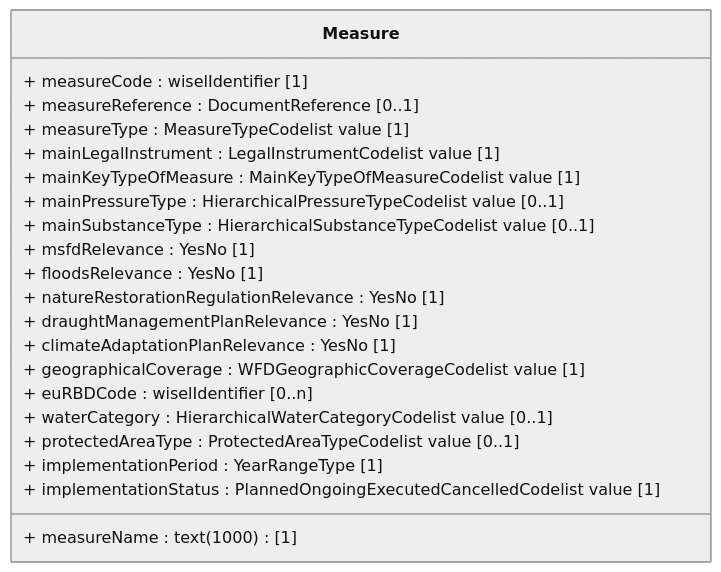
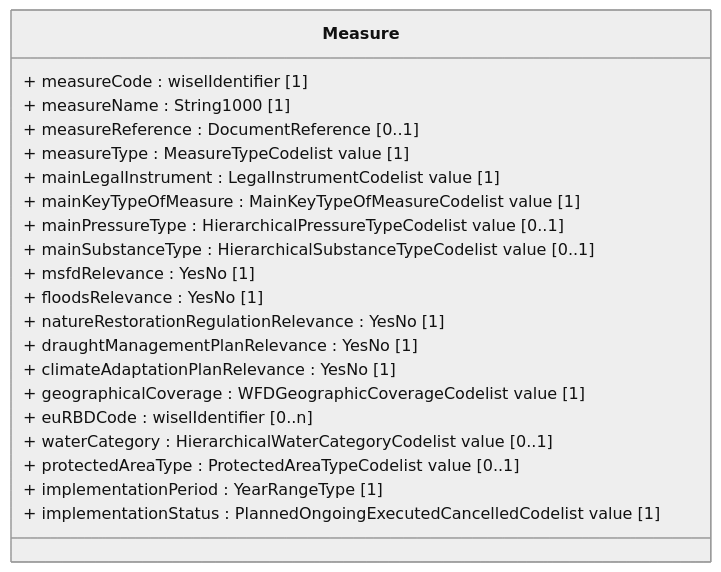
One commit to eeadata/WISE.WFD.Documentation changed the fifth of 8 diagrams in docs/DataModelReview/WFDMeasures.md. Above: the diagram before and after it, drawn with Mermaid (neutral theme). The commit also changed other lines of this file, not shown here.

````diff
--- a/docs/DataModelReview/WFDMeasures.md
+++ b/docs/DataModelReview/WFDMeasures.md
@@ -366,30 +366,30 @@
 ```{mermaid}
 classDiagram
 
 class Measure {
     + measureCode : wiselIdentifier [1]
-    + measureName : text (1000) [1]
+    + measureName : String1000 [1]
     + measureReference : DocumentReference [0..1]
 
     + measureType : MeasureTypeCodelist value [1]
     + mainLegalInstrument : LegalInstrumentCodelist value [1]
     + mainKeyTypeOfMeasure : MainKeyTypeOfMeasureCodelist value [1]
 
     + mainPressureType : HierarchicalPressureTypeCodelist value [0..1]
     + mainSubstanceType : HierarchicalSubstanceTypeCodelist value [0..1]
 
     + msfdRelevance : YesNo [1]
     + floodsRelevance : YesNo [1]
     + natureRestorationRegulationRelevance : YesNo [1]
     + draughtManagementPlanRelevance : YesNo [1]
     + climateAdaptationPlanRelevance : YesNo [1]
 
     + geographicalCoverage : WFDGeographicCoverageCodelist value [1]
     + euRBDCode : wiselIdentifier [0..n]
     + waterCategory : HierarchicalWaterCategoryCodelist value [0..1]
     + protectedAreaType : ProtectedAreaTypeCodelist value [0..1]
 
     + implementationPeriod : YearRangeType [1]
     + implementationStatus : PlannedOngoingExecutedCancelledCodelist value [1]
 }
 ```
````
